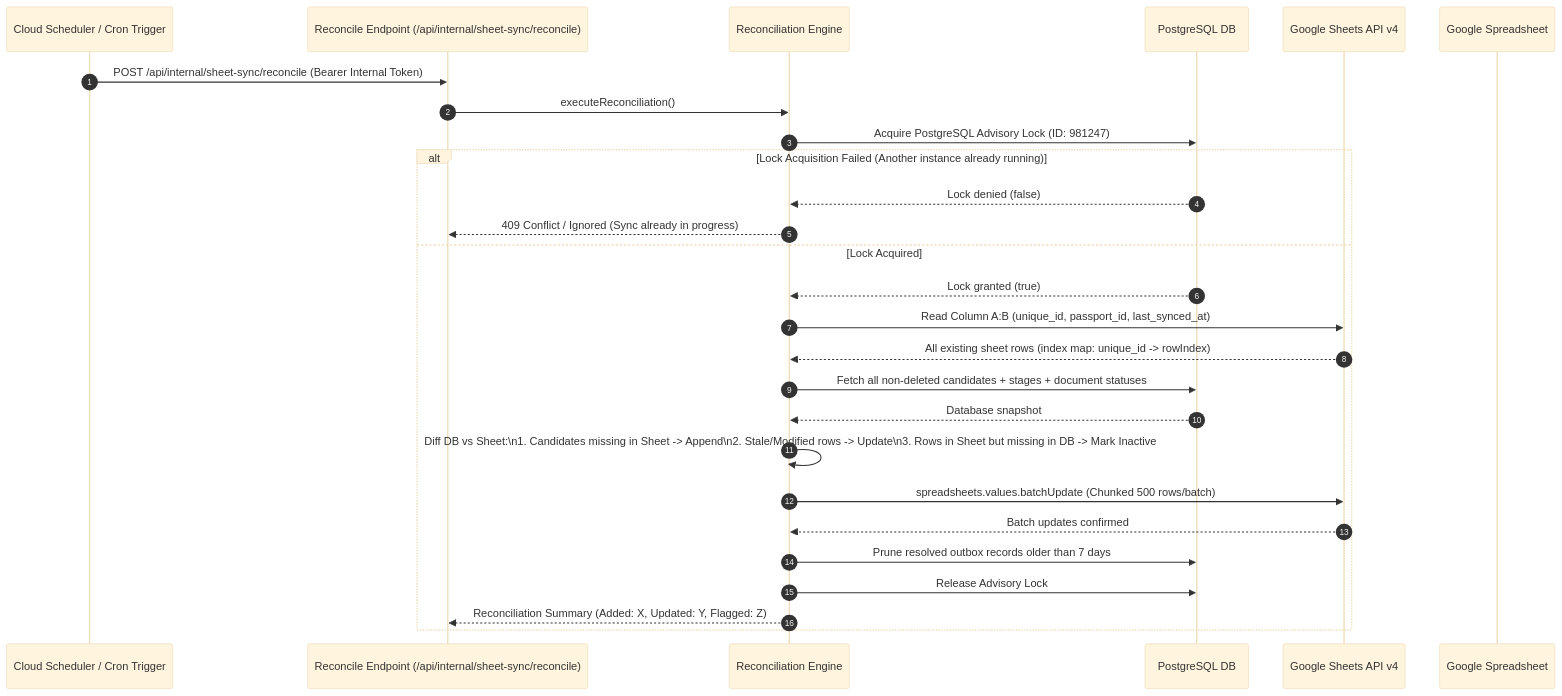
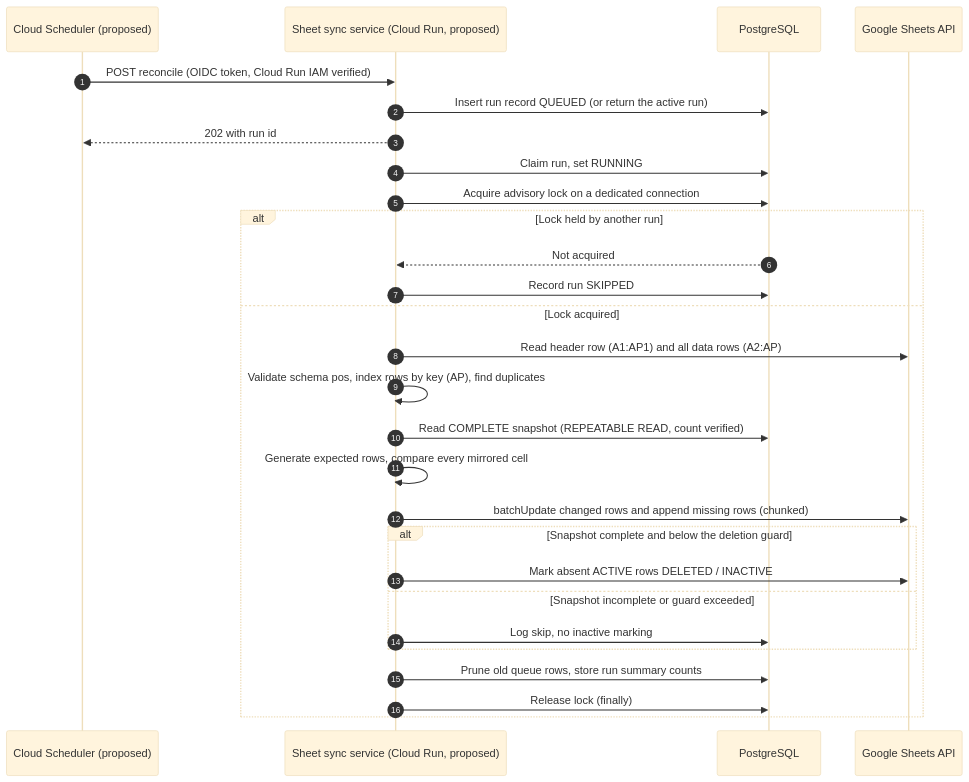
Before and after one commit to emlynk-pixel/EmlynkWABot: the fifth of 11 diagrams in Docs/GOOGLE_SHEET_CANDIDATE_SYNC_ARCHITECTURE.md, drawn with Mermaid (base theme). The commit also changed other lines of this file, not shown here.

````diff
--- a/Docs/GOOGLE_SHEET_CANDIDATE_SYNC_ARCHITECTURE.md
+++ b/Docs/GOOGLE_SHEET_CANDIDATE_SYNC_ARCHITECTURE.md
@@ -239,30 +722,31 @@
 ```mermaid
 sequenceDiagram
     autonumber
-    participant Scheduler as Cloud Scheduler / Cron Trigger
-    participant API as Reconcile Endpoint (/api/internal/sheet-sync/reconcile)
-    participant Recon as Reconciliation Engine
-    participant DB as PostgreSQL DB
-    participant Google as Google Sheets API v4
-    participant Sheet as Google Spreadsheet
+    participant S as Cloud Scheduler (proposed)
+    participant W as Sheet sync service (Cloud Run, proposed)
+    participant DB as PostgreSQL
+    participant G as Google Sheets API
 
-    Scheduler->>API: POST /api/internal/sheet-sync/reconcile (Bearer Internal Token)
-    API->>Recon: executeReconciliation()
-    Recon->>DB: Acquire PostgreSQL Advisory Lock (ID: 981247)
-    alt Lock Acquisition Failed (Another instance already running)
-        DB-->>Recon: Lock denied (false)
-        Recon-->>API: 409 Conflict / Ignored (Sync already in progress)
-    else Lock Acquired
-        DB-->>Recon: Lock granted (true)
-        Recon->>Google: Read Column A:B (unique_id, passport_id, last_synced_at)
-        Google-->>Recon: All existing sheet rows (index map: unique_id -> rowIndex)
-        Recon->>DB: Fetch all non-deleted candidates + stages + document statuses
-        DB-->>Recon: Database snapshot
-        Recon->>Recon: Diff DB vs Sheet:\n1. Candidates missing in Sheet -> Append\n2. Stale/Modified rows -> Update\n3. Rows in Sheet but missing in DB -> Mark Inactive
-        Recon->>Google: spreadsheets.values.batchUpdate (Chunked 500 rows/batch)
-        Google-->>Recon: Batch updates confirmed
-        Recon->>DB: Prune resolved outbox records older than 7 days
-        Recon->>DB: Release Advisory Lock
-        Recon-->>API: Reconciliation Summary (Added: X, Updated: Y, Flagged: Z)
+    S->>W: POST reconcile (OIDC token, Cloud Run IAM verified)
+    W->>DB: Insert run record QUEUED (or return the active run)
+    W-->>S: 202 with run id
+    W->>DB: Claim run, set RUNNING
+    W->>DB: Acquire advisory lock on a dedicated connection
+    alt Lock held by another run
+        DB-->>W: Not acquired
+        W->>DB: Record run SKIPPED
+    else Lock acquired
+        W->>G: Read header row (A1:AP1) and all data rows (A2:AP)
+        W->>W: Validate schema pos, index rows by key (AP), find duplicates
+        W->>DB: Read COMPLETE snapshot (REPEATABLE READ, count verified)
+        W->>W: Generate expected rows, compare every mirrored cell
+        W->>G: batchUpdate changed rows and append missing rows (chunked)
+        alt Snapshot complete and below the deletion guard
+            W->>G: Mark absent ACTIVE rows DELETED / INACTIVE
+        else Snapshot incomplete or guard exceeded
+            W->>DB: Log skip, no inactive marking
+        end
+        W->>DB: Prune old queue rows, store run summary counts
+        W->>DB: Release lock (finally)
     end
 ```
````
